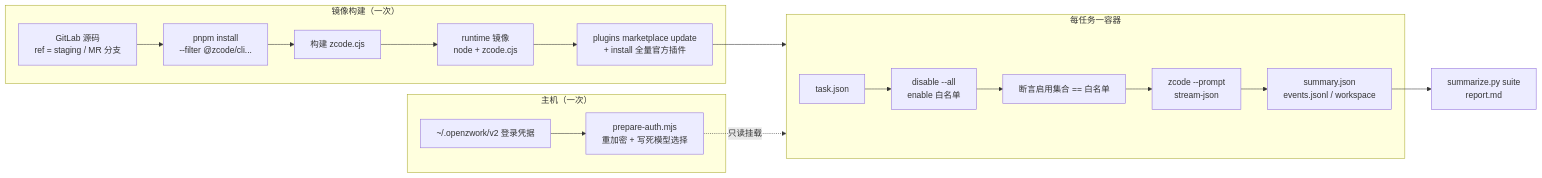
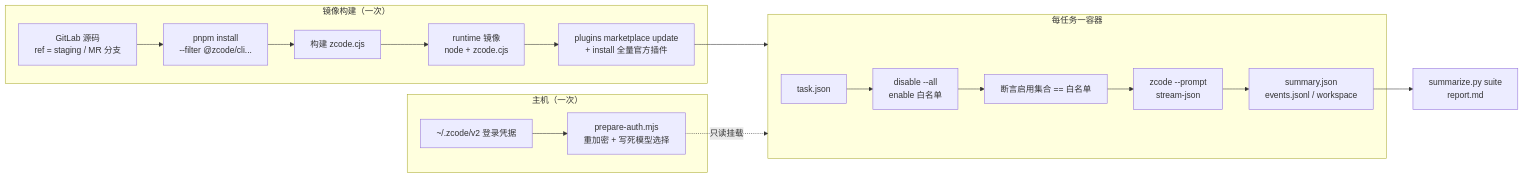
The first of 2 diagrams in docs/plugin-eval-docker.md (BlueSkyXN/OpenZWork), drawn with Mermaid before and after one commit. The commit also changed other lines of this file and 978 other files, not shown here.

````diff
--- a/docs/plugin-eval-docker.md
+++ b/docs/plugin-eval-docker.md
@@ -16,21 +16,21 @@
 ```mermaid
 flowchart LR
   subgraph build[镜像构建（一次）]
     A[GitLab 源码<br/>ref = staging / MR 分支] --> B[pnpm install<br/>--filter @zcode/cli...]
     B --> C[构建 zcode.cjs]
     C --> D[runtime 镜像<br/>node + zcode.cjs]
     D --> E[plugins marketplace update<br/>+ install 全量官方插件]
   end
   subgraph host[主机（一次）]
-    F[~/.openzwork/v2 登录凭据] --> G[prepare-auth.mjs<br/>重加密 + 写死模型选择]
+    F[~/.zcode/v2 登录凭据] --> G[prepare-auth.mjs<br/>重加密 + 写死模型选择]
   end
   subgraph run[每任务一容器]
     H[task.json] --> I[disable --all<br/>enable 白名单]
     I --> J[断言启用集合 == 白名单]
     J --> K[zcode --prompt<br/>stream-json]
     K --> L[summary.json<br/>events.jsonl / workspace]
   end
   E --> run
   G -. 只读挂载 .-> run
   L --> M[summarize.py suite<br/>report.md]
 ```
````
